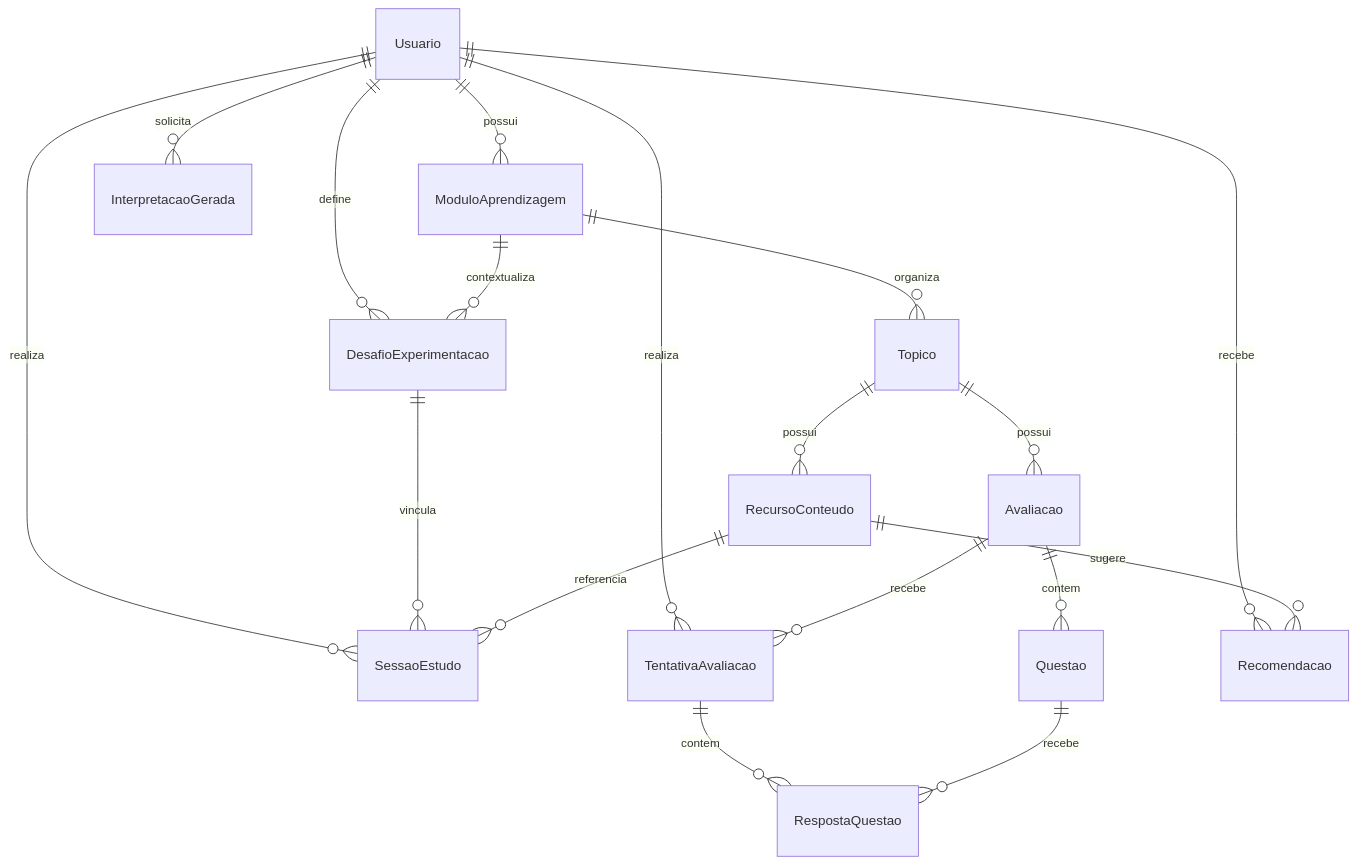
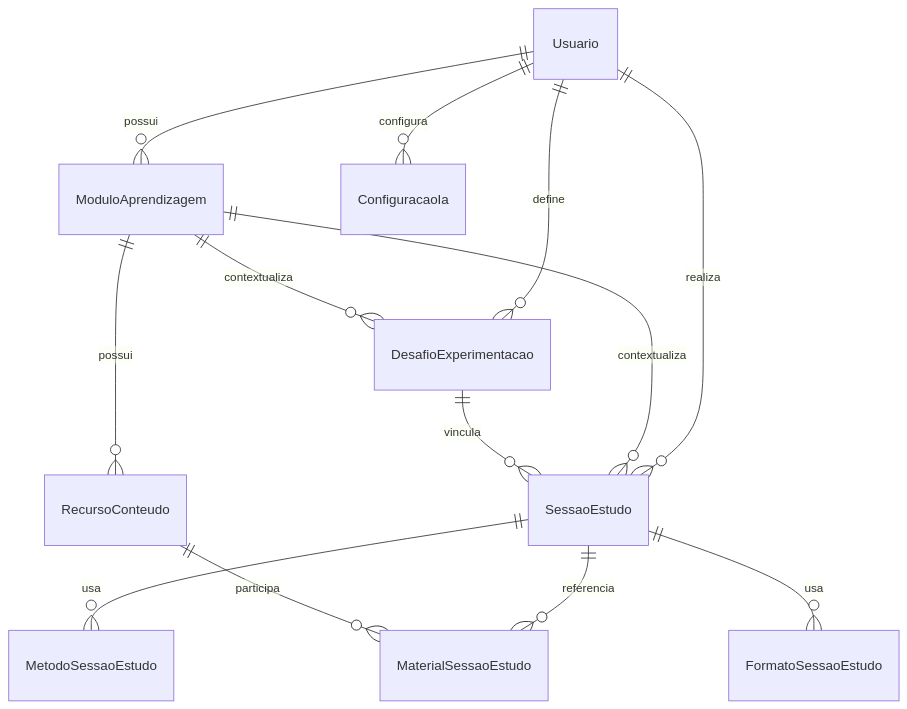
Before and after one commit to KeleySantos/TCC: the diagram in AiFiles/Contexto/Tecnico/MODELO_DE_DADOS.md, drawn with Mermaid. The commit also changed other lines of this file and 148 other files, not shown here.

````diff
--- a/AiFiles/Contexto/Tecnico/MODELO_DE_DADOS.md
+++ b/AiFiles/Contexto/Tecnico/MODELO_DE_DADOS.md
@@ -7,20 +21,15 @@
 ```mermaid
 erDiagram
   Usuario ||--o{ ModuloAprendizagem : possui
-  ModuloAprendizagem ||--o{ Topico : organiza
-  Topico ||--o{ RecursoConteudo : possui
-  Topico ||--o{ Avaliacao : possui
+  ModuloAprendizagem ||--o{ RecursoConteudo : possui
   Usuario ||--o{ SessaoEstudo : realiza
+  ModuloAprendizagem ||--o{ SessaoEstudo : contextualiza
+  SessaoEstudo ||--o{ MetodoSessaoEstudo : usa
+  SessaoEstudo ||--o{ FormatoSessaoEstudo : usa
+  SessaoEstudo ||--o{ MaterialSessaoEstudo : referencia
+  RecursoConteudo ||--o{ MaterialSessaoEstudo : participa
   Usuario ||--o{ DesafioExperimentacao : define
   ModuloAprendizagem ||--o{ DesafioExperimentacao : contextualiza
   DesafioExperimentacao ||--o{ SessaoEstudo : vincula
-  RecursoConteudo ||--o{ SessaoEstudo : referencia
-  Usuario ||--o{ TentativaAvaliacao : realiza
-  Avaliacao ||--o{ TentativaAvaliacao : recebe
-  Avaliacao ||--o{ Questao : contem
-  TentativaAvaliacao ||--o{ RespostaQuestao : contem
-  Questao ||--o{ RespostaQuestao : recebe
-  Usuario ||--o{ Recomendacao : recebe
-  RecursoConteudo ||--o{ Recomendacao : sugere
-  Usuario ||--o{ InterpretacaoGerada : solicita
+  Usuario ||--o{ ConfiguracaoIa : configura
 ```
````
